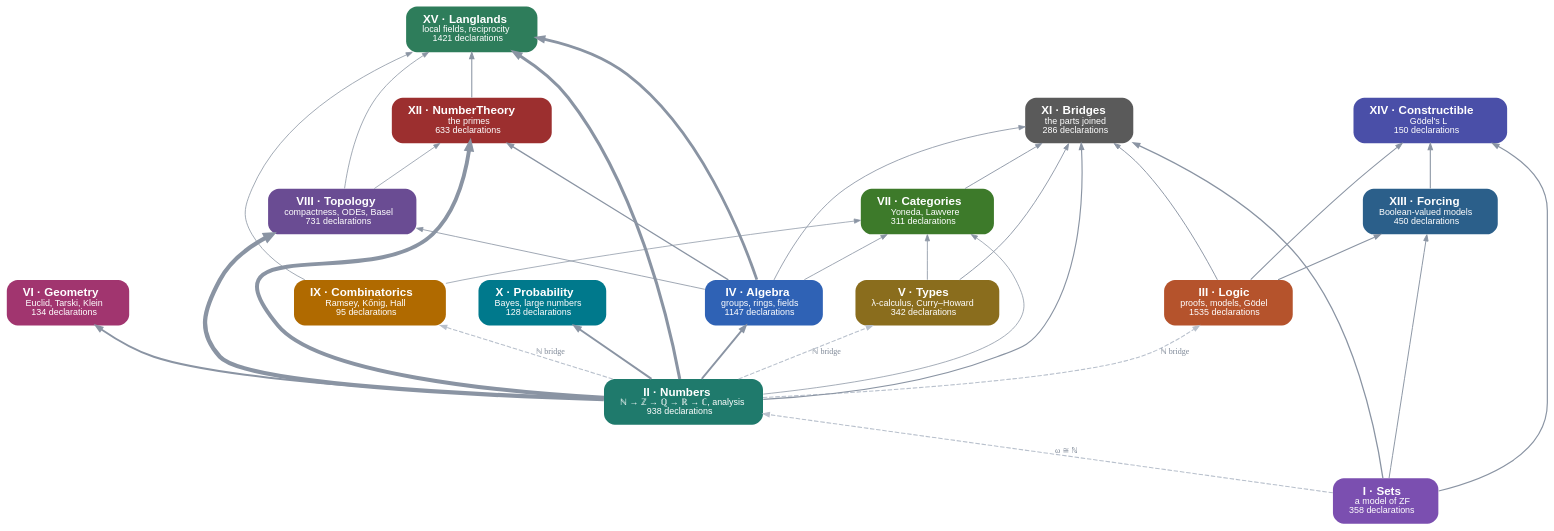
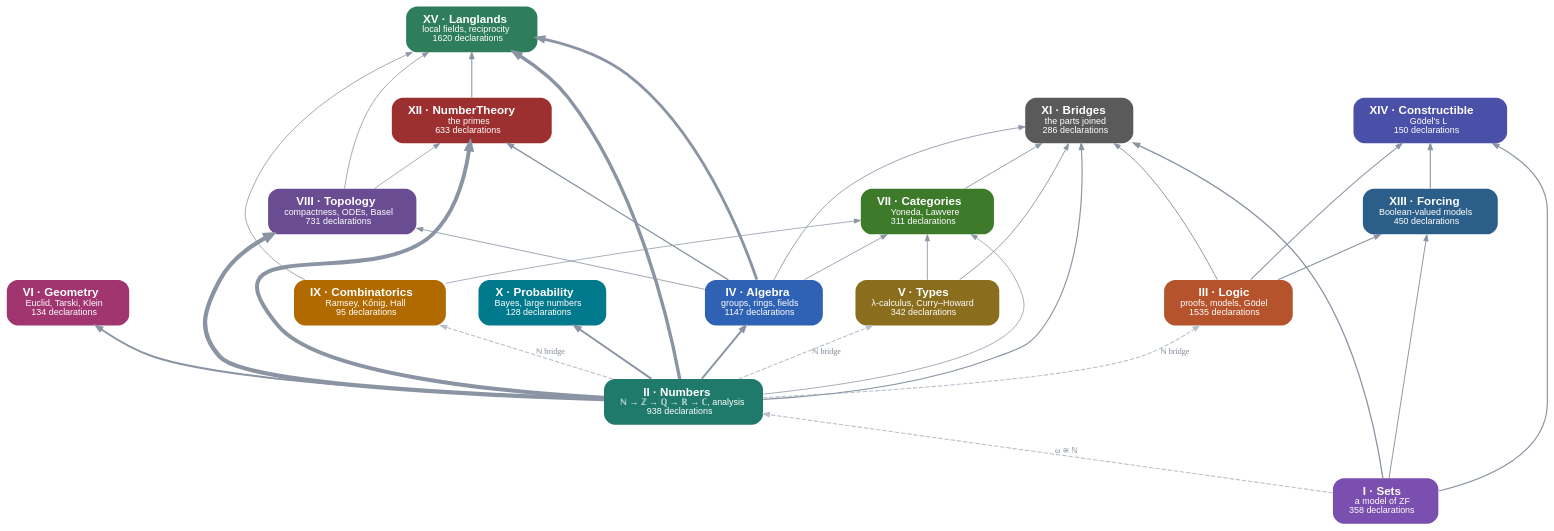
The diagram in site/dist/parts.dot (damianspendel/foundations), drawn with Graphviz before and after one commit. The commit also changed 25 other files, not shown here.

```diff
--- a/site/dist/parts.dot
+++ b/site/dist/parts.dot
@@ -1,52 +1,52 @@
 digraph parts {
 rankdir=BT; bgcolor="transparent"; nodesep=0.5; ranksep=0.7;
 node [shape=box, style="rounded,filled", fontname="Helvetica", fontsize=13, penwidth=0, margin="0.25,0.12"];
 edge [color="#8a94a3", arrowsize=0.7];
 "Sets" [label=<<b>I · Sets</b><br/><font point-size="10">a model of ZF<br/>358 declarations</font>>, fillcolor="#7b4fb0", fontcolor="white"];
 "Numbers" [label=<<b>II · Numbers</b><br/><font point-size="10">ℕ → ℤ → ℚ → ℝ → ℂ, analysis<br/>938 declarations</font>>, fillcolor="#1f7a6c", fontcolor="white"];
 "Logic" [label=<<b>III · Logic</b><br/><font point-size="10">proofs, models, Gödel<br/>1535 declarations</font>>, fillcolor="#b5532c", fontcolor="white"];
 "Algebra" [label=<<b>IV · Algebra</b><br/><font point-size="10">groups, rings, fields<br/>1147 declarations</font>>, fillcolor="#2f62b5", fontcolor="white"];
 "Types" [label=<<b>V · Types</b><br/><font point-size="10">λ-calculus, Curry–Howard<br/>342 declarations</font>>, fillcolor="#8a6d1d", fontcolor="white"];
 "Geometry" [label=<<b>VI · Geometry</b><br/><font point-size="10">Euclid, Tarski, Klein<br/>134 declarations</font>>, fillcolor="#a1356f", fontcolor="white"];
 "Categories" [label=<<b>VII · Categories</b><br/><font point-size="10">Yoneda, Lawvere<br/>311 declarations</font>>, fillcolor="#3d7a2a", fontcolor="white"];
 "Topology" [label=<<b>VIII · Topology</b><br/><font point-size="10">compactness, ODEs, Basel<br/>731 declarations</font>>, fillcolor="#6a4c93", fontcolor="white"];
 "Combinatorics" [label=<<b>IX · Combinatorics</b><br/><font point-size="10">Ramsey, Kőnig, Hall<br/>95 declarations</font>>, fillcolor="#b06a00", fontcolor="white"];
 "Probability" [label=<<b>X · Probability</b><br/><font point-size="10">Bayes, large numbers<br/>128 declarations</font>>, fillcolor="#00798c", fontcolor="white"];
 "Bridges" [label=<<b>XI · Bridges</b><br/><font point-size="10">the parts joined<br/>286 declarations</font>>, fillcolor="#5a5a5a", fontcolor="white"];
 "NumberTheory" [label=<<b>XII · NumberTheory</b><br/><font point-size="10">the primes<br/>633 declarations</font>>, fillcolor="#9c2f2f", fontcolor="white"];
 "Forcing" [label=<<b>XIII · Forcing</b><br/><font point-size="10">Boolean-valued models<br/>450 declarations</font>>, fillcolor="#2b5f8a", fontcolor="white"];
 "Constructible" [label=<<b>XIV · Constructible</b><br/><font point-size="10">Gödel's L<br/>150 declarations</font>>, fillcolor="#4a4fa8", fontcolor="white"];
-"Langlands" [label=<<b>XV · Langlands</b><br/><font point-size="10">local fields, reciprocity<br/>1421 declarations</font>>, fillcolor="#2e7d5b", fontcolor="white"];
+"Langlands" [label=<<b>XV · Langlands</b><br/><font point-size="10">local fields, reciprocity<br/>1620 declarations</font>>, fillcolor="#2e7d5b", fontcolor="white"];
 "Algebra" -> "Bridges" [penwidth=0.94, tooltip="37 uses of Algebra in Bridges"];
 "Algebra" -> "Categories" [penwidth=0.91, tooltip="23 uses of Algebra in Categories"];
-"Algebra" -> "Langlands" [penwidth=3.14, tooltip="10097 uses of Algebra in Langlands"];
+"Algebra" -> "Langlands" [penwidth=3.15, tooltip="10158 uses of Algebra in Langlands"];
 "Algebra" -> "NumberTheory" [penwidth=1.40, tooltip="653 uses of Algebra in NumberTheory"];
 "Algebra" -> "Topology" [penwidth=0.91, tooltip="24 uses of Algebra in Topology"];
 "Categories" -> "Bridges" [penwidth=1.01, tooltip="82 uses of Categories in Bridges"];
 "Combinatorics" -> "Categories" [penwidth=0.82, tooltip="1 uses of Combinatorics in Categories"];
-"Combinatorics" -> "Langlands" [penwidth=0.88, tooltip="13 uses of Combinatorics in Langlands"];
+"Combinatorics" -> "Langlands" [penwidth=0.89, tooltip="14 uses of Combinatorics in Langlands"];
 "Forcing" -> "Constructible" [penwidth=1.21, tooltip="314 uses of Forcing in Constructible"];
 "Logic" -> "Bridges" [penwidth=1.05, tooltip="115 uses of Logic in Bridges"];
 "Logic" -> "Constructible" [penwidth=1.16, tooltip="234 uses of Logic in Constructible"];
 "Logic" -> "Forcing" [penwidth=1.23, tooltip="338 uses of Logic in Forcing"];
-"NumberTheory" -> "Langlands" [penwidth=1.18, tooltip="261 uses of NumberTheory in Langlands"];
+"NumberTheory" -> "Langlands" [penwidth=1.18, tooltip="265 uses of NumberTheory in Langlands"];
 "Numbers" -> "Algebra" [penwidth=2.10, tooltip="3114 uses of Numbers in Algebra"];
 "Numbers" -> "Bridges" [penwidth=1.27, tooltip="404 uses of Numbers in Bridges"];
 "Numbers" -> "Categories" [penwidth=0.85, tooltip="5 uses of Numbers in Categories"];
 "Numbers" -> "Geometry" [penwidth=2.12, tooltip="3189 uses of Numbers in Geometry"];
-"Numbers" -> "Langlands" [penwidth=3.44, tooltip="12835 uses of Numbers in Langlands"];
+"Numbers" -> "Langlands" [penwidth=3.78, tooltip="16326 uses of Numbers in Langlands"];
 "Numbers" -> "NumberTheory" [penwidth=4.39, tooltip="23743 uses of Numbers in NumberTheory"];
 "Numbers" -> "Probability" [penwidth=2.21, tooltip="3662 uses of Numbers in Probability"];
 "Numbers" -> "Topology" [penwidth=4.80, tooltip="29469 uses of Numbers in Topology"];
 "Sets" -> "Bridges" [penwidth=1.46, tooltip="796 uses of Sets in Bridges"];
 "Sets" -> "Constructible" [penwidth=1.32, tooltip="492 uses of Sets in Constructible"];
 "Sets" -> "Forcing" [penwidth=1.08, tooltip="145 uses of Sets in Forcing"];
 "Topology" -> "Langlands" [penwidth=0.88, tooltip="11 uses of Topology in Langlands"];
 "Topology" -> "NumberTheory" [penwidth=0.85, tooltip="4 uses of Topology in NumberTheory"];
 "Types" -> "Bridges" [penwidth=1.00, tooltip="73 uses of Types in Bridges"];
 "Types" -> "Categories" [penwidth=0.91, tooltip="21 uses of Types in Categories"];
 "Sets" -> "Numbers" [style=dashed, color="#b8c0cc", penwidth=1.2, label=<<font point-size="9" color="#7d8796">ω ≅ ℕ</font>>];
 "Numbers" -> "Logic" [style=dashed, color="#b8c0cc", penwidth=1.2, label=<<font point-size="9" color="#7d8796">ℕ bridge</font>>];
 "Numbers" -> "Types" [style=dashed, color="#b8c0cc", penwidth=1.2, label=<<font point-size="9" color="#7d8796">ℕ bridge</font>>];
 "Numbers" -> "Combinatorics" [style=dashed, color="#b8c0cc", penwidth=1.2, label=<<font point-size="9" color="#7d8796">ℕ bridge</font>>];
 }
```
